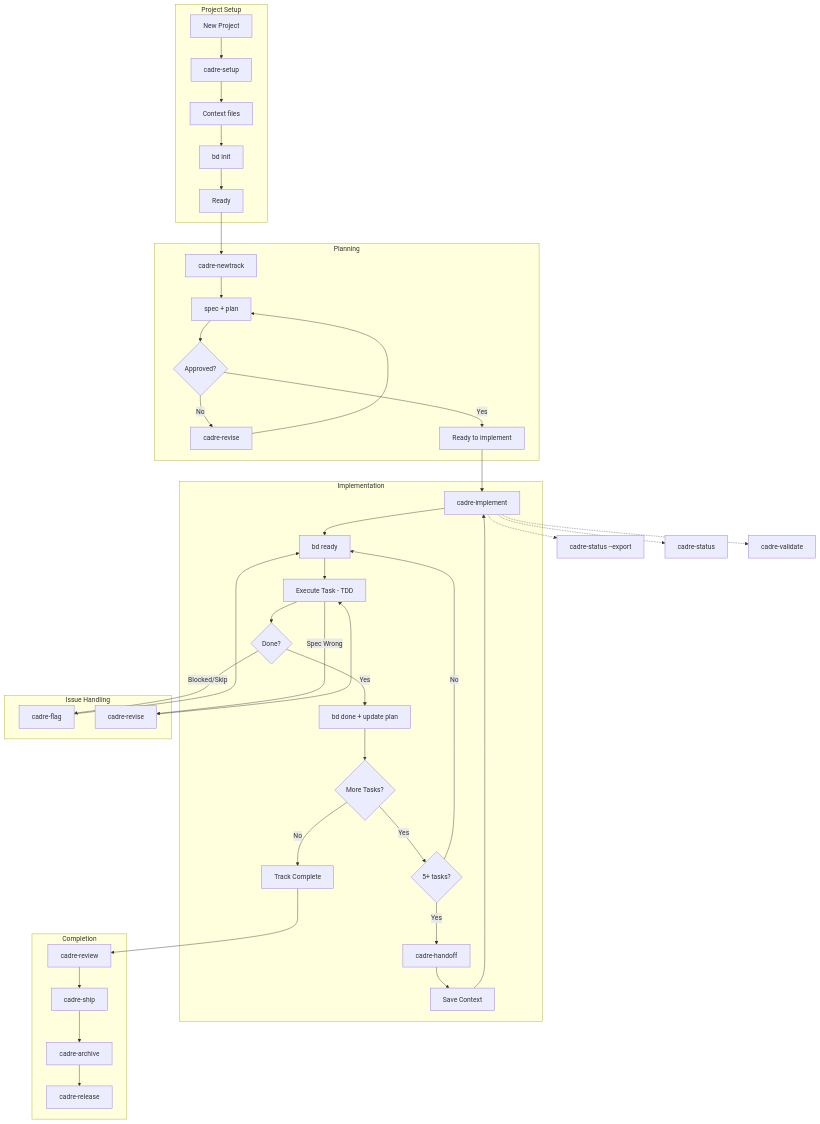
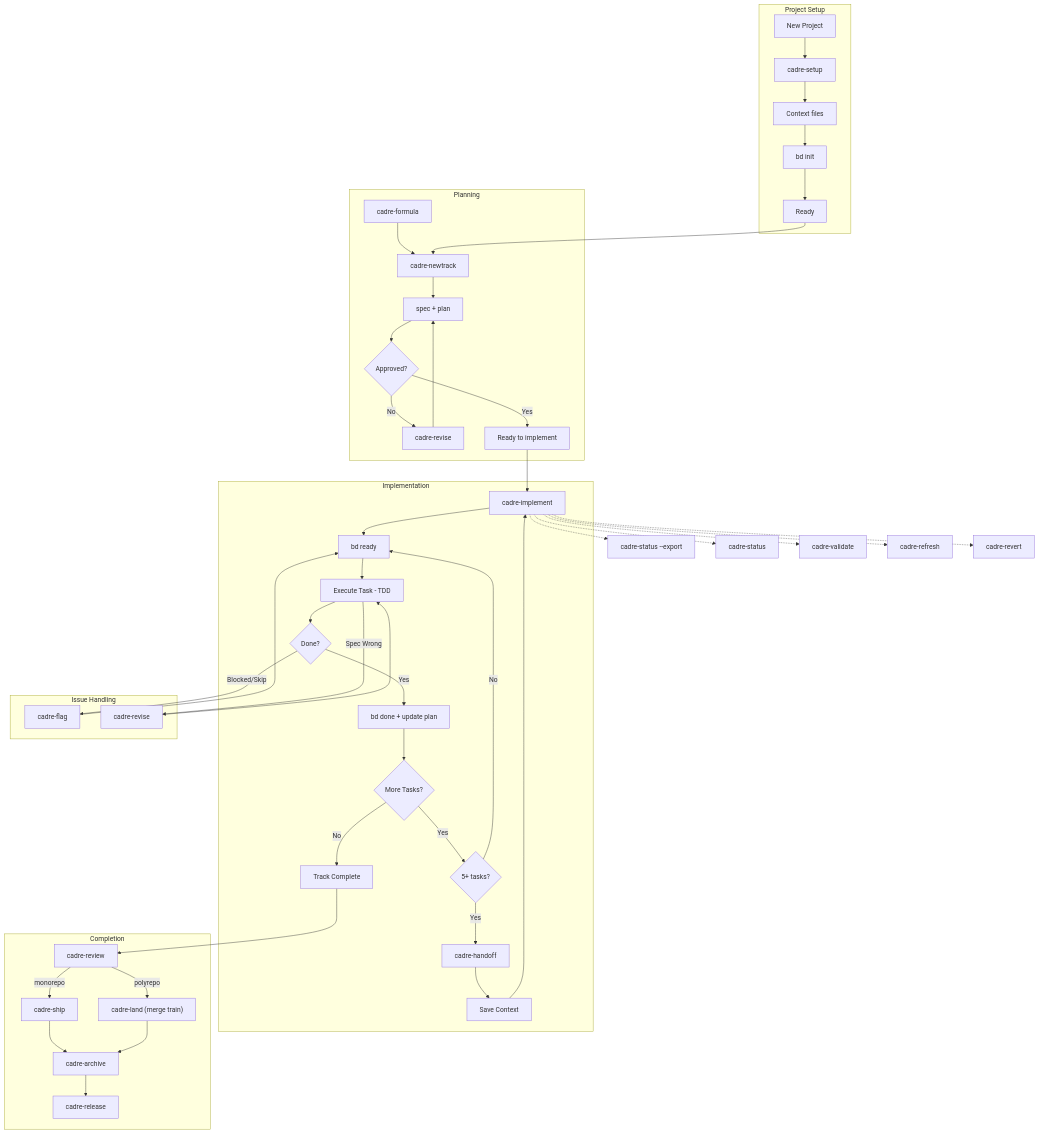
Before and after one commit to vishal-kr-barnwal/cadre: the first of 3 diagrams in README.md, drawn with Mermaid. The commit also changed other lines of this file and 4 other files, not shown here.

First line of the commit message:
docs: sync workflow diagrams + command lists with the 16-command set

````diff
--- a/README.md
+++ b/README.md
@@ -486,52 +486,56 @@
 ```mermaid
 flowchart TD
     subgraph SETUP[Project Setup]
         A[New Project] --> B["cadre-setup"]
         B --> C[Context files]
         C --> D["bd init"]
         D --> E[Ready]
     end
 
     subgraph PLANNING[Planning]
-        E --> F["cadre-newtrack"]
+        FM["cadre-formula"] --> F["cadre-newtrack"]
+        E --> F
         F --> G[spec + plan]
         G --> H{Approved?}
         H -->|No| I["cadre-revise"]
         I --> G
         H -->|Yes| J[Ready to implement]
     end
 
     subgraph IMPL[Implementation]
         J --> K["cadre-implement"]
         K --> L["bd ready"]
         L --> M[Execute Task - TDD]
         M --> N{Done?}
         N -->|Yes| O["bd done + update plan"]
         O --> P{More Tasks?}
         P -->|Yes| Q{5+ tasks?}
         Q -->|Yes| R["cadre-handoff"]
         R --> S[Save Context]
         S --> K
         Q -->|No| L
         P -->|No| T[Track Complete]
     end
 
     subgraph ISSUES[Issue Handling]
         N -->|Blocked/Skip| U["cadre-flag"]
         U --> L
         M -->|Spec Wrong| W["cadre-revise"]
         W --> M
     end
 
     subgraph DONE[Completion]
         T --> RV["cadre-review"]
-        RV --> SH["cadre-ship"]
+        RV -->|monorepo| SH["cadre-ship"]
+        RV -->|polyrepo| LD["cadre-land (merge train)"]
         SH --> X["cadre-archive"]
+        LD --> X
         X --> RL["cadre-release"]
     end
 
     K -.-> EX["cadre-status --export"]
-
     K -.-> Z["cadre-status"]
     K -.-> AA["cadre-validate"]
+    K -.-> RF["cadre-refresh"]
+    K -.-> RVT["cadre-revert"]
 ```
````
